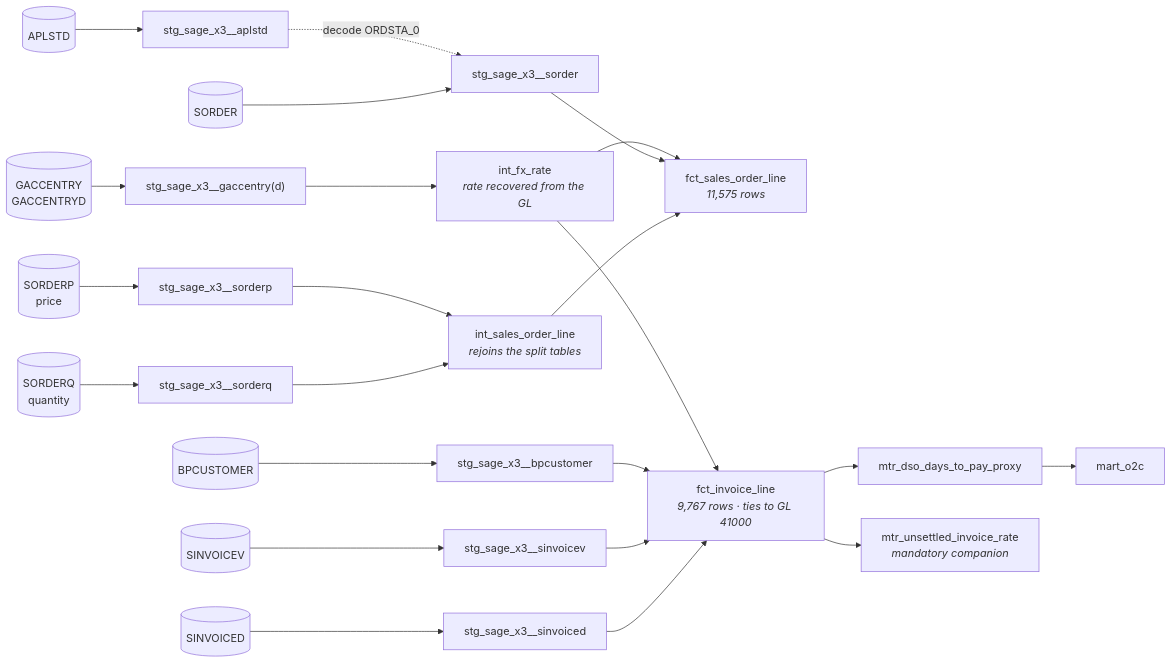
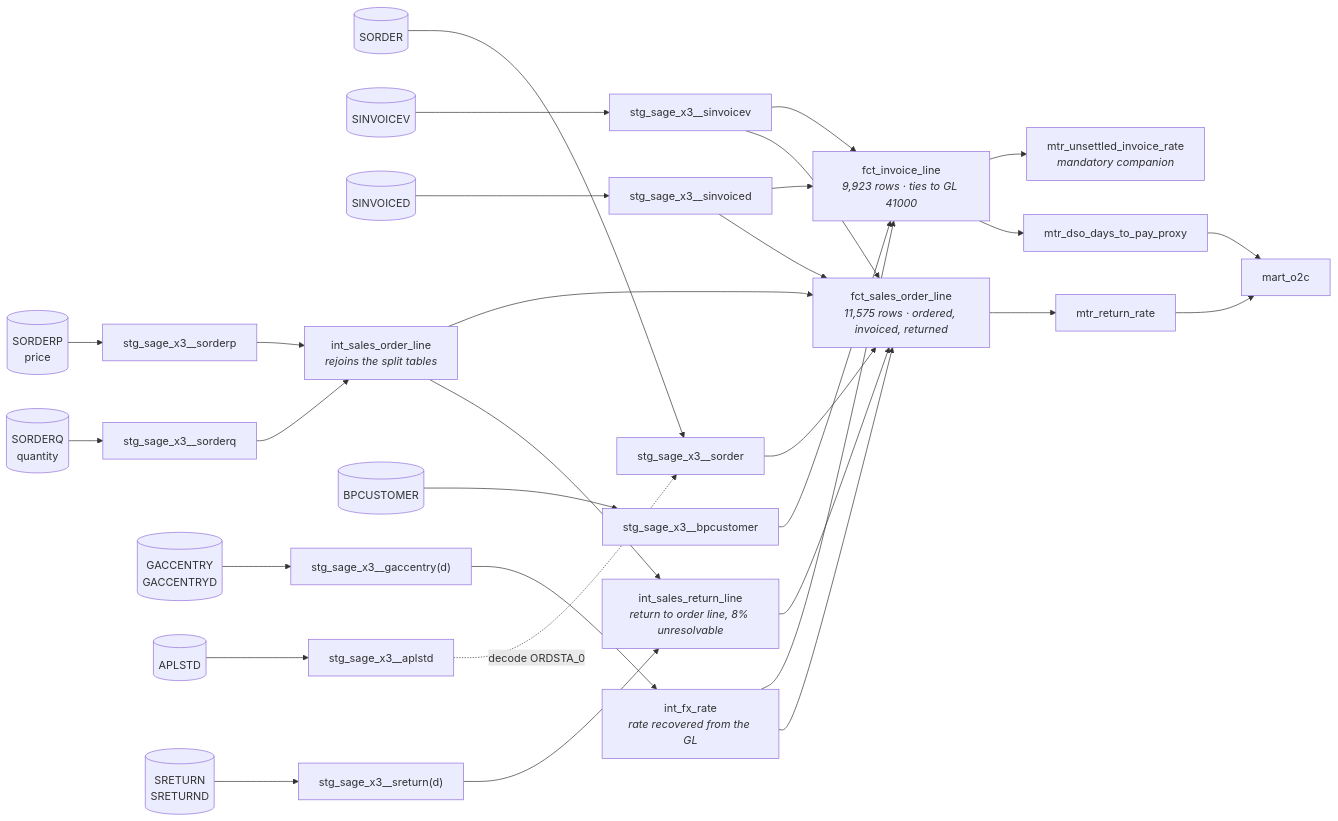
Before and after one commit to patrickmhaney/bgr_control_tower: the tenth of 13 diagrams in docs/data_model.md, drawn with Mermaid. The commit also changed other lines of this file and 33 other files, not shown here.

````diff
--- a/docs/data_model.md
+++ b/docs/data_model.md
@@ -897,29 +1007,37 @@
 ```mermaid
 flowchart LR
     src_sq[("SORDERQ<br/>quantity")] --> stg_sq["stg_sage_x3__sorderq"]
     src_sp[("SORDERP<br/>price")] --> stg_sp["stg_sage_x3__sorderp"]
     src_so[("SORDER")] --> stg_so["stg_sage_x3__sorder"]
     src_iv[("SINVOICEV")] --> stg_iv["stg_sage_x3__sinvoicev"]
     src_id[("SINVOICED")] --> stg_id["stg_sage_x3__sinvoiced"]
     src_gl[("GACCENTRY<br/>GACCENTRYD")] --> stg_gl["stg_sage_x3__gaccentry(d)"]
     src_bc[("BPCUSTOMER")] --> stg_bc["stg_sage_x3__bpcustomer"]
     src_ap[("APLSTD")] --> stg_ap["stg_sage_x3__aplstd"]
+    src_rt[("SRETURN<br/>SRETURND")] --> stg_rt["stg_sage_x3__sreturn(d)"]
 
     stg_ap -.->|"decode ORDSTA_0"| stg_so
     stg_sq --> int_sol["int_sales_order_line<br/><i>rejoins the split tables</i>"]
     stg_sp --> int_sol
     stg_gl --> int_fx["int_fx_rate<br/><i>rate recovered from the GL</i>"]
+    stg_rt --> int_rt["int_sales_return_line<br/><i>return to order line, 8% unresolvable</i>"]
+    int_sol --> int_rt
 
-    int_sol --> fsol["fct_sales_order_line<br/><i>11,575 rows</i>"]
+    int_sol --> fsol["fct_sales_order_line<br/><i>11,575 rows · ordered, invoiced, returned</i>"]
     stg_so --> fsol
     int_fx --> fsol
+    int_rt --> fsol
+    stg_id --> fsol
+    stg_iv --> fsol
 
-    stg_id --> fil["fct_invoice_line<br/><i>9,767 rows · ties to GL 41000</i>"]
+    stg_id --> fil["fct_invoice_line<br/><i>9,923 rows · ties to GL 41000</i>"]
     stg_iv --> fil
     stg_bc --> fil
     int_fx --> fil
 
     fil --> mtr_dso["mtr_dso_days_to_pay_proxy"]
     fil --> mtr_uns["mtr_unsettled_invoice_rate<br/><i>mandatory companion</i>"]
+    fsol --> mtr_rr["mtr_return_rate"]
     mtr_dso --> o2c["mart_o2c"]
+    mtr_rr --> o2c
 ```
````
